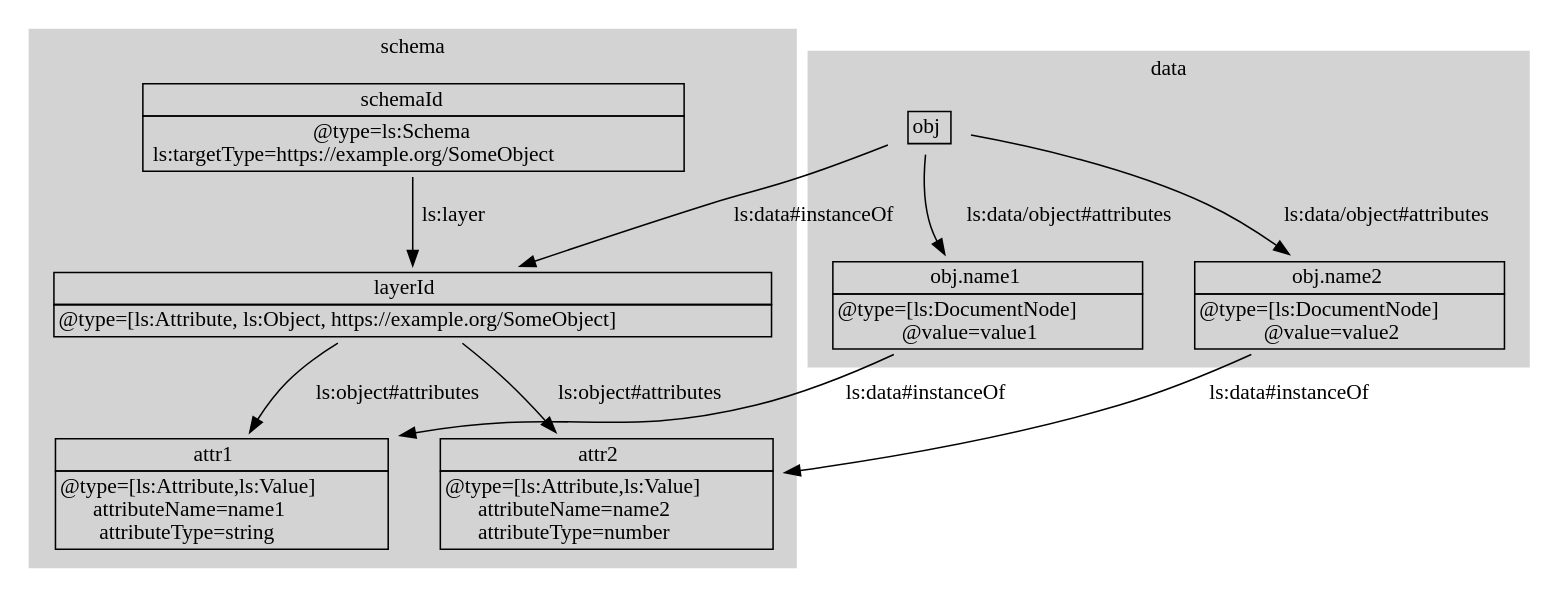
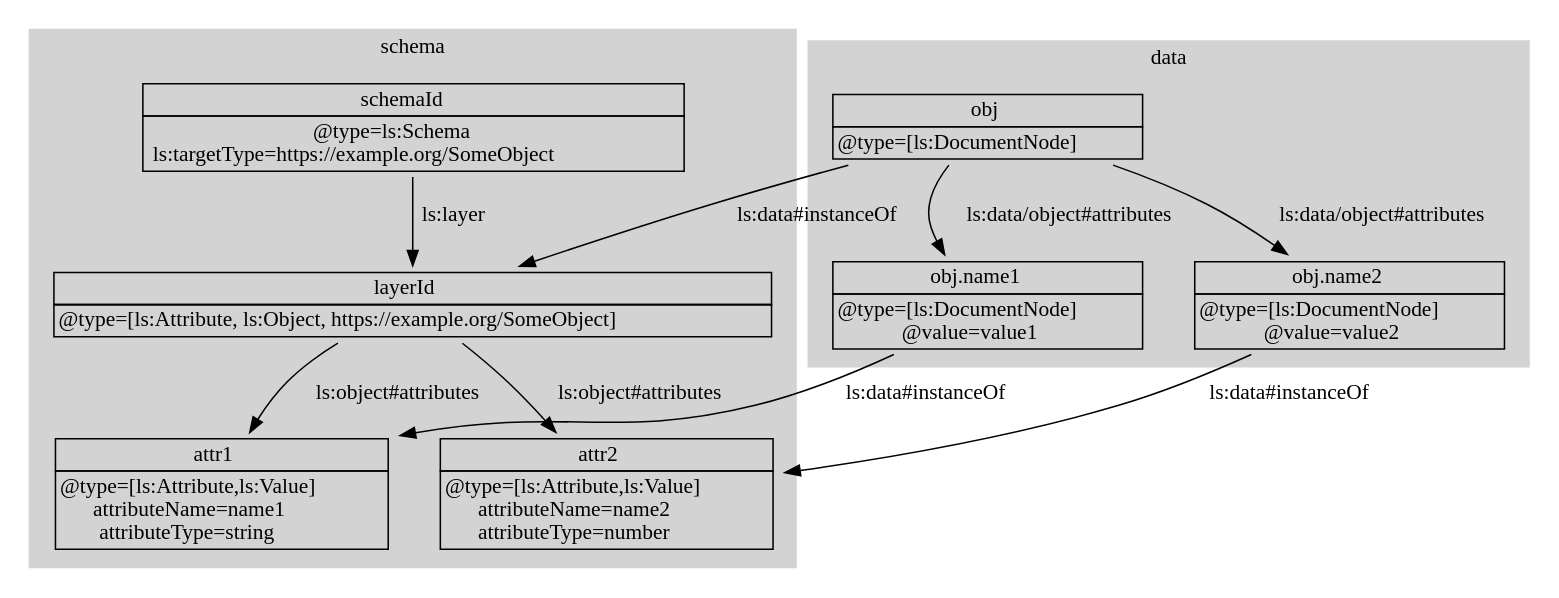
Before and after one commit to cloudprivacylabs/lsa-spec: the diagram in imgs/composed-ingested-minimal-schema.dot, drawn with Graphviz. The commit also changed 1 other file, not shown here.

Commit message:
Add document node type to root node

```diff
--- a/imgs/composed-ingested-minimal-schema.dot
+++ b/imgs/composed-ingested-minimal-schema.dot
@@ -1,77 +1,78 @@
 digraph g {
   node[color="black",fontcolor="black",shape="plaintext"];
 
   subgraph cluster_0 {
   label="schema";
   style="filled";
   color="lightgrey";
 
   node[color="black",fontcolor="black",shape="plaintext"];
   edge[color="black",fontcolor="black"];
 
   schemaRoot [ label=<
   <table border="0" cellborder="1" cellspacing="0">
   <tr><td>schemaId</td></tr>
   <tr><td>@type=ls:Schema<br/>
   ls:targetType=https://example.org/SomeObject</td></tr>
   </table>>];
   
   layerRoot [ label=<
   <table border="0" cellborder="1" cellspacing="0">
   <tr><td>layerId</td></tr>
   <tr><td>@type=[ls:Attribute, ls:Object, https://example.org/SomeObject]</td></tr>
   </table>>];
 
   attribute1 [ label=<
   <table border="0" cellborder="1" cellspacing="0">
   <tr><td>attr1</td></tr>
   <tr><td>@type=[ls:Attribute,ls:Value]<br/>
   attributeName=name1<br/>
   attributeType=string </td></tr>
   </table>>];
   attribute2 [ label=<
   <table border="0" cellborder="1" cellspacing="0">
   <tr><td>attr2</td></tr>
   <tr><td>@type=[ls:Attribute,ls:Value]<br/>
   attributeName=name2<br/>
   attributeType=number</td></tr>
   </table>>];
 
   schemaRoot -> layerRoot [ label="ls:layer"];
   layerRoot -> attribute1 [  label="ls:object#attributes"];
   layerRoot -> attribute2 [  label="ls:object#attributes"];
 
   }
 
   subgraph cluster_1{
   label="data";
   style="filled";
   color="lightgrey";
 
    obj [label=<
    <table border="0" cellborder="1" cellspacing="0">
    <tr><td>obj</td></tr>
+   <tr><td>@type=[ls:DocumentNode]</td></tr>
    </table>>];
    
    a1 [label=<
    <table border="0" cellborder="1" cellspacing="0">
    <tr><td>obj.name1</td></tr>
    <tr><td>@type=[ls:DocumentNode]<br/>
    @value=value1</td></tr>
    </table>>];
    
    a2[label=<
    <table border="0" cellborder="1" cellspacing="0">
    <tr><td>obj.name2</td></tr>
    <tr><td>@type=[ls:DocumentNode]<br/>
    @value=value2</td></tr>
    </table>>];
 
    obj -> a1 [ label="ls:data/object#attributes"];
    obj -> a2 [ label="ls:data/object#attributes"];
 
    obj -> layerRoot [ label="ls:data#instanceOf"];
    a1 -> attribute1 [  label="ls:data#instanceOf"];
    a2 -> attribute2 [ label="ls:data#instanceOf"];
   }
 }
```
